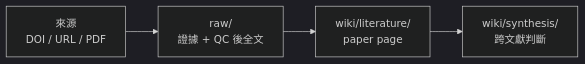
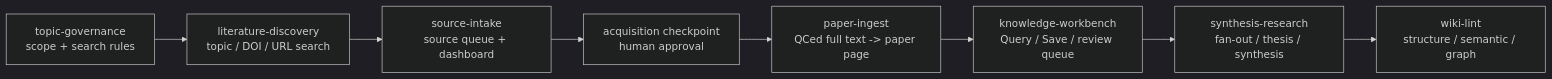
One commit to ChenHau-Lan/ResearchWiki changed the diagram in README.zh-TW.md. Above: the diagram before and after it, drawn with Mermaid (dark theme). The commit also changed other lines of this file and 129 other files, not shown here.

Commit message:
Bootstrap public ResearchWiki repo

````diff
--- a/README.zh-TW.md
+++ b/README.zh-TW.md
@@ -24,6 +67,10 @@
 ```mermaid
 flowchart LR
-    A["來源<br/>DOI / URL / PDF"] --> B["raw/<br/>證據 + QC 後全文"]
-    B --> C["wiki/literature/<br/>paper page"]
-    C --> D["wiki/synthesis/<br/>跨文獻判斷"]
+    A["literature-discovery<br/>topic / DOI / URL search"] --> B["source-intake<br/>source queue + dashboard"]
+    B --> C["acquisition checkpoint<br/>human approval"]
+    C --> D["paper-ingest<br/>QCed full text -> paper page"]
+    D --> E["knowledge-workbench<br/>Query / Save / review queue"]
+    E --> F["synthesis-research<br/>fan-out / thesis / synthesis"]
+    G["topic-governance<br/>scope + search rules"] --> A
+    F --> H["wiki-lint<br/>structure / semantic / graph"]
 ```
````
